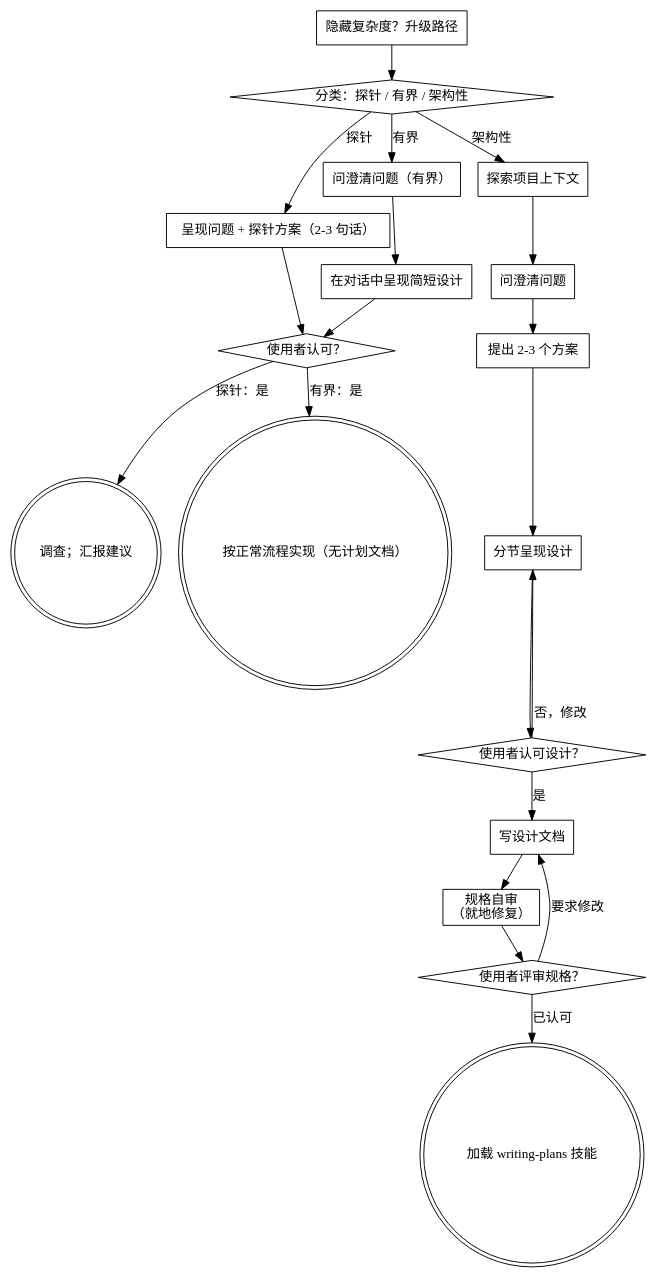
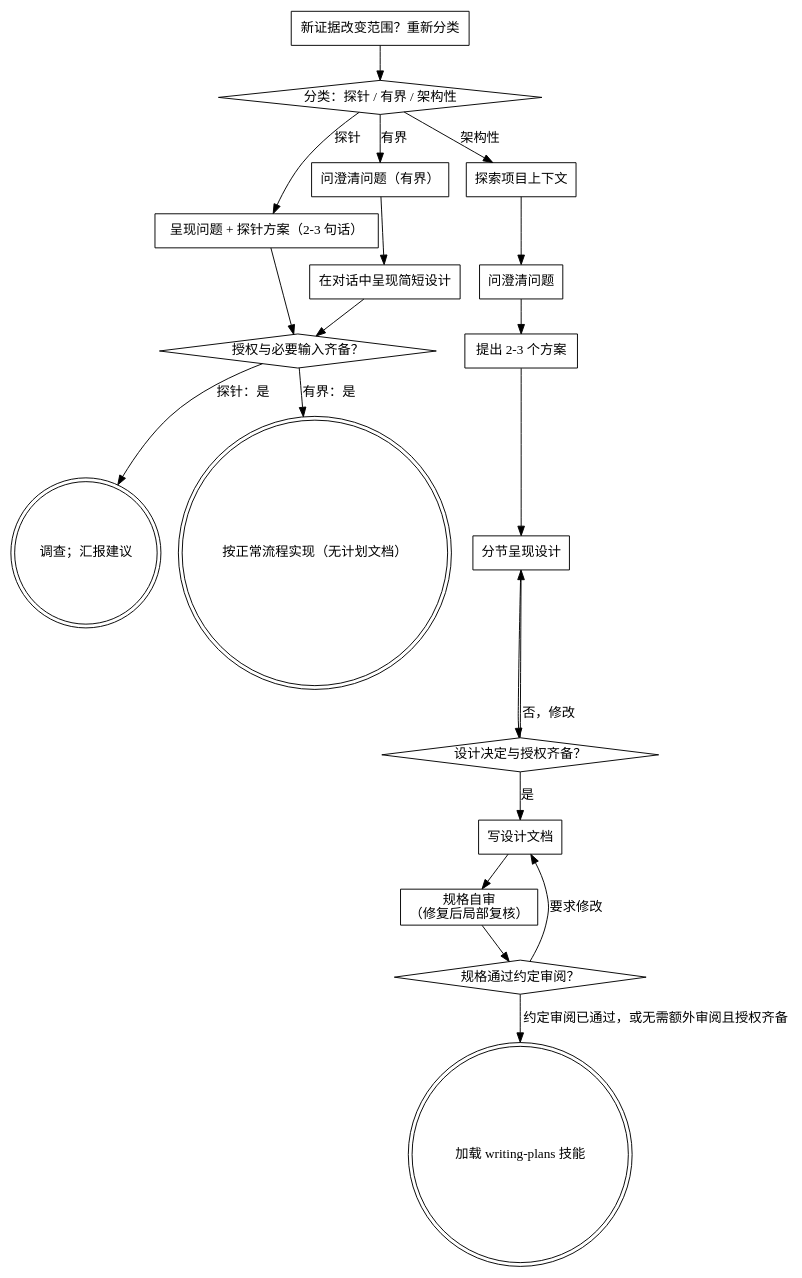
Before and after one commit to QuanhuZeYu/dsh-superpower: the diagram in skills/brainstorming/SKILL.md, drawn with Graphviz. The commit also changed other lines of this file and 122 other files, not shown here.

````diff
--- a/skills/brainstorming/SKILL.md
+++ b/skills/brainstorming/SKILL.md
@@ -133,41 +122,41 @@
 ```dot
 digraph brainstorming {
     "分类：探针 / 有界 / 架构性" [shape=diamond];
     "呈现问题 + 探针方案（2-3 句话）" [shape=box];
     "问澄清问题（有界）" [shape=box];
     "在对话中呈现简短设计" [shape=box];
-    "使用者认可？" [shape=diamond];
+    "授权与必要输入齐备？" [shape=diamond];
     "调查；汇报建议" [shape=doublecircle];
     "按正常流程实现（无计划文档）" [shape=doublecircle];
     "探索项目上下文" [shape=box];
     "问澄清问题" [shape=box];
     "提出 2-3 个方案" [shape=box];
     "分节呈现设计" [shape=box];
-    "使用者认可设计？" [shape=diamond];
+    "设计决定与授权齐备？" [shape=diamond];
     "写设计文档" [shape=box];
-    "规格自审\n（就地修复）" [shape=box];
-    "使用者评审规格？" [shape=diamond];
+    "规格自审\n（修复后局部复核）" [shape=box];
+    "规格通过约定审阅？" [shape=diamond];
     "加载 writing-plans 技能" [shape=doublecircle];
-    "隐藏复杂度？升级路径" [shape=box];
+    "新证据改变范围？重新分类" [shape=box];
 
     "分类：探针 / 有界 / 架构性" -> "呈现问题 + 探针方案（2-3 句话）" [label="探针"];
     "分类：探针 / 有界 / 架构性" -> "问澄清问题（有界）" [label="有界"];
     "分类：探针 / 有界 / 架构性" -> "探索项目上下文" [label="架构性"];
-    "呈现问题 + 探针方案（2-3 句话）" -> "使用者认可？";
+    "呈现问题 + 探针方案（2-3 句话）" -> "授权与必要输入齐备？";
     "问澄清问题（有界）" -> "在对话中呈现简短设计";
-    "在对话中呈现简短设计" -> "使用者认可？";
-    "使用者认可？" -> "调查；汇报建议" [label="探针：是"];
-    "使用者认可？" -> "按正常流程实现（无计划文档）" [label="有界：是"];
-    "隐藏复杂度？升级路径" -> "分类：探针 / 有界 / 架构性";
+    "在对话中呈现简短设计" -> "授权与必要输入齐备？";
+    "授权与必要输入齐备？" -> "调查；汇报建议" [label="探针：是"];
+    "授权与必要输入齐备？" -> "按正常流程实现（无计划文档）" [label="有界：是"];
+    "新证据改变范围？重新分类" -> "分类：探针 / 有界 / 架构性";
     "探索项目上下文" -> "问澄清问题";
     "问澄清问题" -> "提出 2-3 个方案";
     "提出 2-3 个方案" -> "分节呈现设计";
-    "分节呈现设计" -> "使用者认可设计？";
-    "使用者认可设计？" -> "分节呈现设计" [label="否，修改"];
-    "使用者认可设计？" -> "写设计文档" [label="是"];
-    "写设计文档" -> "规格自审\n（就地修复）";
-    "规格自审\n（就地修复）" -> "使用者评审规格？";
-    "使用者评审规格？" -> "写设计文档" [label="要求修改"];
-    "使用者评审规格？" -> "加载 writing-plans 技能" [label="已认可"];
+    "分节呈现设计" -> "设计决定与授权齐备？";
+    "设计决定与授权齐备？" -> "分节呈现设计" [label="否，修改"];
+    "设计决定与授权齐备？" -> "写设计文档" [label="是"];
+    "写设计文档" -> "规格自审\n（修复后局部复核）";
+    "规格自审\n（修复后局部复核）" -> "规格通过约定审阅？";
+    "规格通过约定审阅？" -> "写设计文档" [label="要求修改"];
+    "规格通过约定审阅？" -> "加载 writing-plans 技能" [label="约定审阅已通过，或无需额外审阅且授权齐备"];
 }
 ```
````
